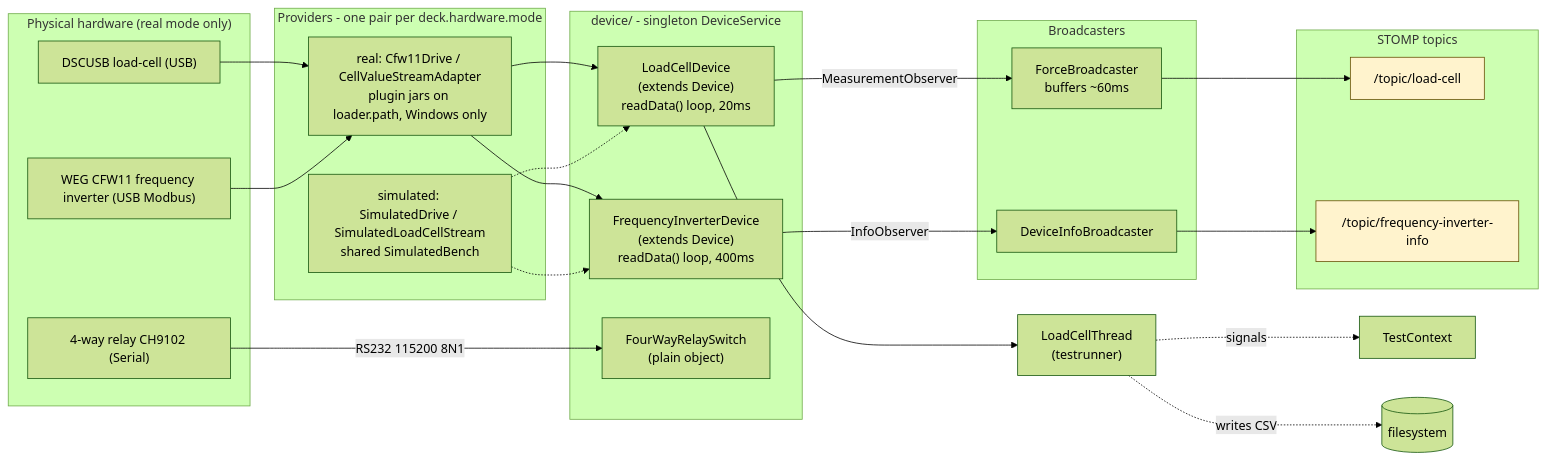
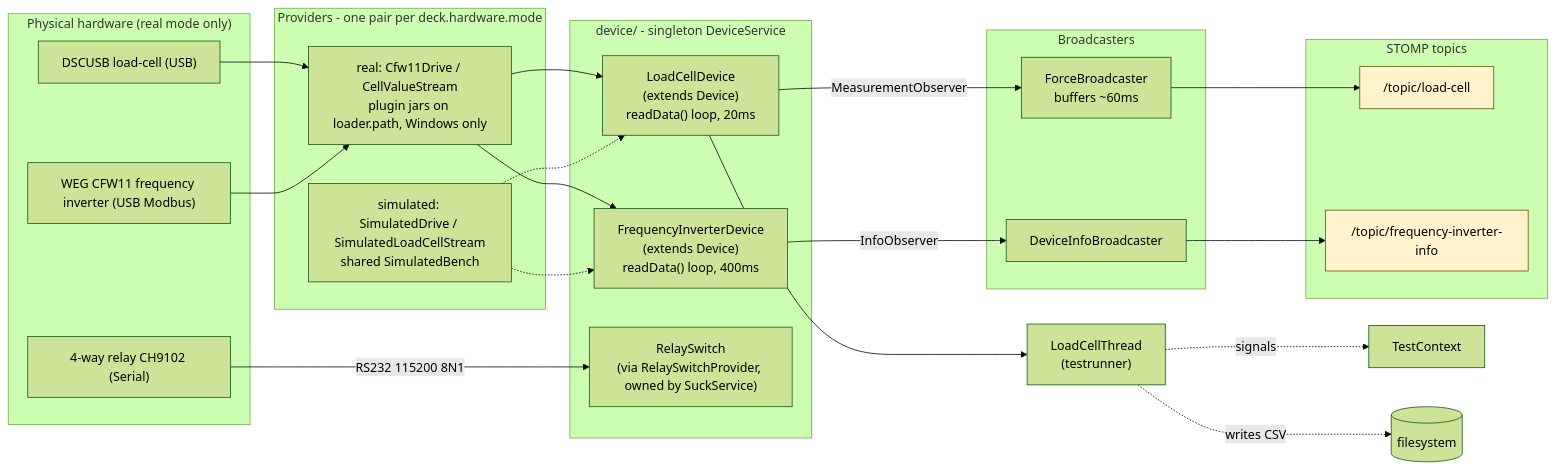
One commit to rupfizupfi/breaktest-command-deck changed the diagram in doc/03-backend/hardware-integration.md. Above: the diagram before and after it, drawn with Mermaid (forest theme). The commit also changed other lines of this file and 26 other files, not shown here.

````diff
--- a/doc/03-backend/hardware-integration.md
+++ b/doc/03-backend/hardware-integration.md
@@ -29,46 +29,46 @@
 ```mermaid
 flowchart LR
     subgraph Hardware["Physical hardware (real mode only)"]
         DSC["DSCUSB load-cell (USB)"]
         CFW["WEG CFW11 frequency inverter (USB Modbus)"]
         REL["4-way relay CH9102 (Serial)"]
     end
 
     subgraph Providers["Providers - one pair per deck.hardware.mode"]
-        VEND["real: Cfw11Drive / CellValueStreamAdapter<br/>plugin jars on loader.path, Windows only"]
+        VEND["real: Cfw11Drive / CellValueStream<br/>plugin jars on loader.path, Windows only"]
         SIM["simulated: SimulatedDrive / SimulatedLoadCellStream<br/>shared SimulatedBench"]
     end
 
     subgraph DeviceLayer["device/ - singleton DeviceService"]
         LCD["LoadCellDevice<br/>(extends Device)<br/>readData() loop, 20ms"]
         CFD["FrequencyInverterDevice<br/>(extends Device)<br/>readData() loop, 400ms"]
-        FRS["FourWayRelaySwitch<br/>(plain object)"]
+        FRS["RelaySwitch<br/>(via RelaySwitchProvider, owned by SuckService)"]
     end
 
     subgraph Broadcasters
         FB["ForceBroadcaster<br/>buffers ~60ms"]
         DIB["DeviceInfoBroadcaster"]
     end
 
     subgraph Topics["STOMP topics"]
         T1["/topic/load-cell"]
         T2["/topic/frequency-inverter-info"]
     end
 
     DSC --> VEND
     CFW --> VEND
     REL -->|"RS232 115200 8N1"| FRS
     VEND --> LCD
     VEND --> CFD
     SIM -.-> LCD
     SIM -.-> CFD
 
     LCD -->|MeasurementObserver| FB --> T1
     CFD -->|InfoObserver| DIB --> T2
     LCD --> LCT["LoadCellThread<br/>(testrunner)"]
     LCT -.->|signals| TC[TestContext]
     LCT -.->|writes CSV| FS[(filesystem)]
 
     classDef topic fill:#fff3cd,stroke:#664d03
     class T1,T2 topic
 ```
````
